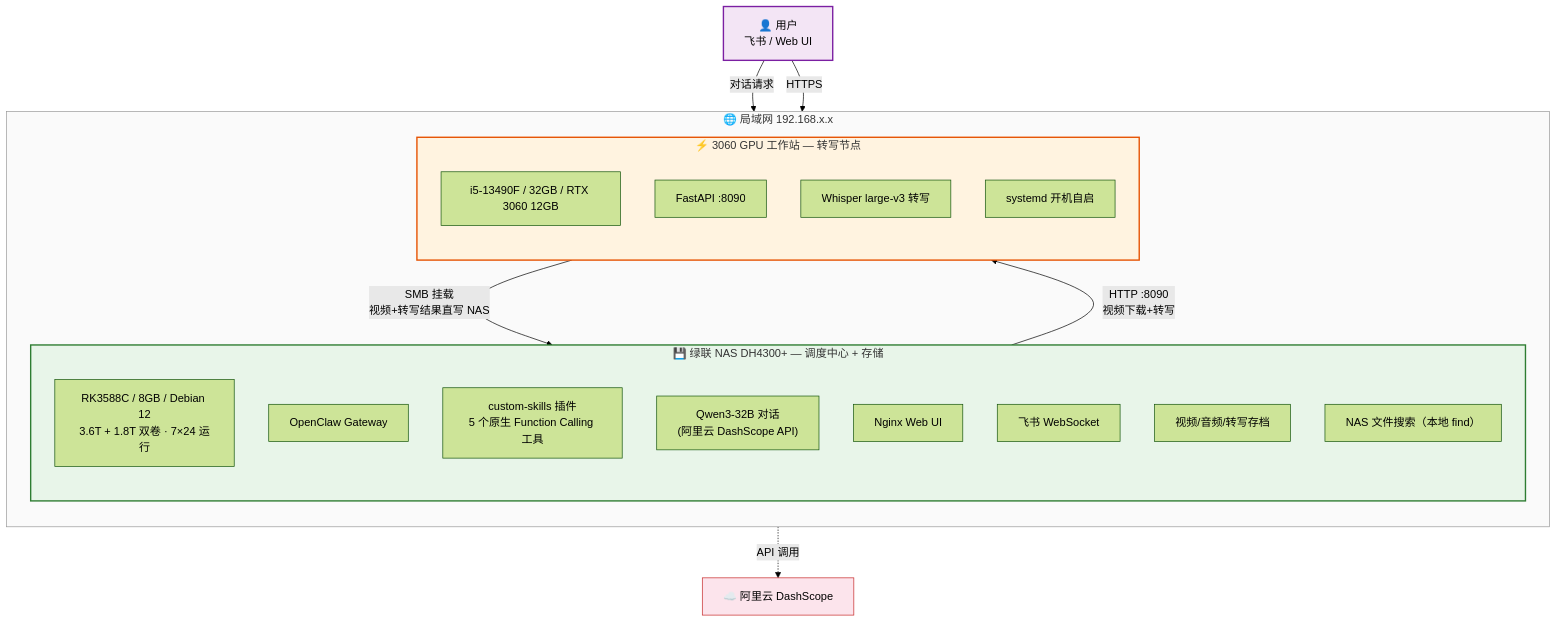
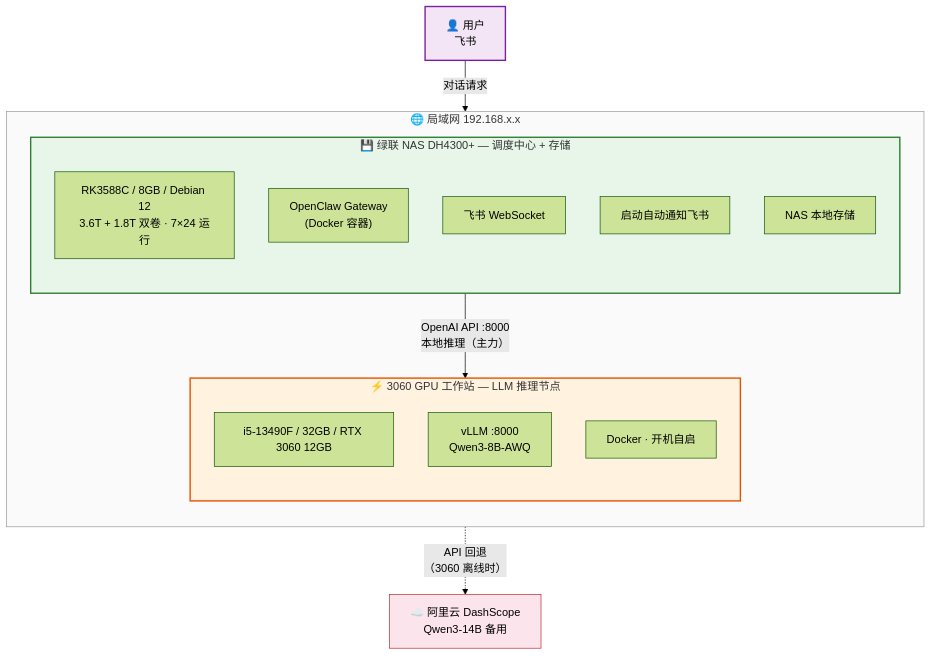
The first of 2 diagrams in README.md (chenweidu666/OpenClaw-Private-AI), drawn with Mermaid (forest theme) before and after one commit. The commit also changed other lines of this file and 5 other files, not shown here.

````diff
--- a/README.md
+++ b/README.md
@@ -29,38 +27,32 @@
 ```mermaid
 graph TB
     subgraph LAN["🌐 局域网 192.168.x.x"]
         direction TB
 
         subgraph NAS["💾 绿联 NAS DH4300+ — 调度中心 + 存储"]
             direction TB
             N_HW["RK3588C / 8GB / Debian 12<br/>3.6T + 1.8T 双卷 · 7×24 运行"]
-            N1["OpenClaw Gateway"]
-            N_PLUGIN["custom-skills 插件<br/>5 个原生 Function Calling 工具"]
-            N2["Qwen3-32B 对话<br/>(阿里云 DashScope API)"]
-            N3["Nginx Web UI"]
+            N1["OpenClaw Gateway<br/>(Docker 容器)"]
             N4["飞书 WebSocket"]
-            N5["视频/音频/转写存档"]
-            N6["NAS 文件搜索（本地 find）"]
+            N_NOTIFY["启动自动通知飞书"]
+            N5["NAS 本地存储"]
         end
 
-        subgraph GPU["⚡ 3060 GPU 工作站 — 转写节点"]
+        subgraph GPU["⚡ 3060 GPU 工作站 — LLM 推理节点"]
             direction TB
             G_HW["i5-13490F / 32GB / RTX 3060 12GB"]
-            G1["FastAPI :8090"]
-            G2["Whisper large-v3 转写"]
-            G4["systemd 开机自启"]
+            G1["vLLM :8000<br/>Qwen3-8B-AWQ"]
+            G4["Docker · 开机自启"]
         end
     end
 
-    USER["👤 用户<br/>飞书 / Web UI"] -->|"对话请求"| N4
-    USER -->|"HTTPS"| N3
-    N1 -->|"HTTP :8090<br/>视频下载+转写"| G1
-    G1 -->|"SMB 挂载<br/>视频+转写结果直写 NAS"| N5
-    N2 -.->|"API 调用"| CLOUD["☁️ 阿里云 DashScope"]
+    USER["👤 用户<br/>飞书"] -->|"对话请求"| N4
+    N1 -->|"OpenAI API :8000<br/>本地推理（主力）"| G1
+    N1 -.->|"API 回退<br/>（3060 离线时）"| CLOUD["☁️ 阿里云 DashScope<br/>Qwen3-14B 备用"]
 
     style NAS fill:#e8f5e9,stroke:#2e7d32,stroke-width:2px
     style GPU fill:#fff3e0,stroke:#e65100,stroke-width:2px
     style LAN fill:#fafafa,stroke:#999,stroke-width:1px
     style USER fill:#f3e5f5,stroke:#7b1fa2,stroke-width:2px
     style CLOUD fill:#fce4ec,stroke:#c62828,stroke-width:1px
 ```
````
